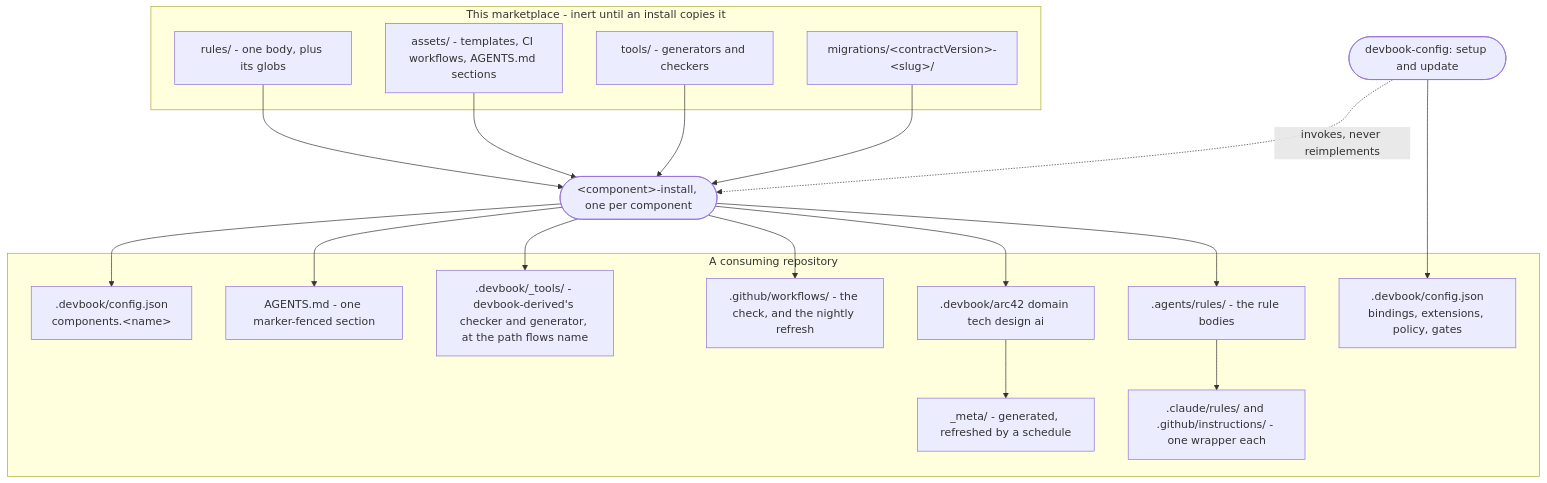
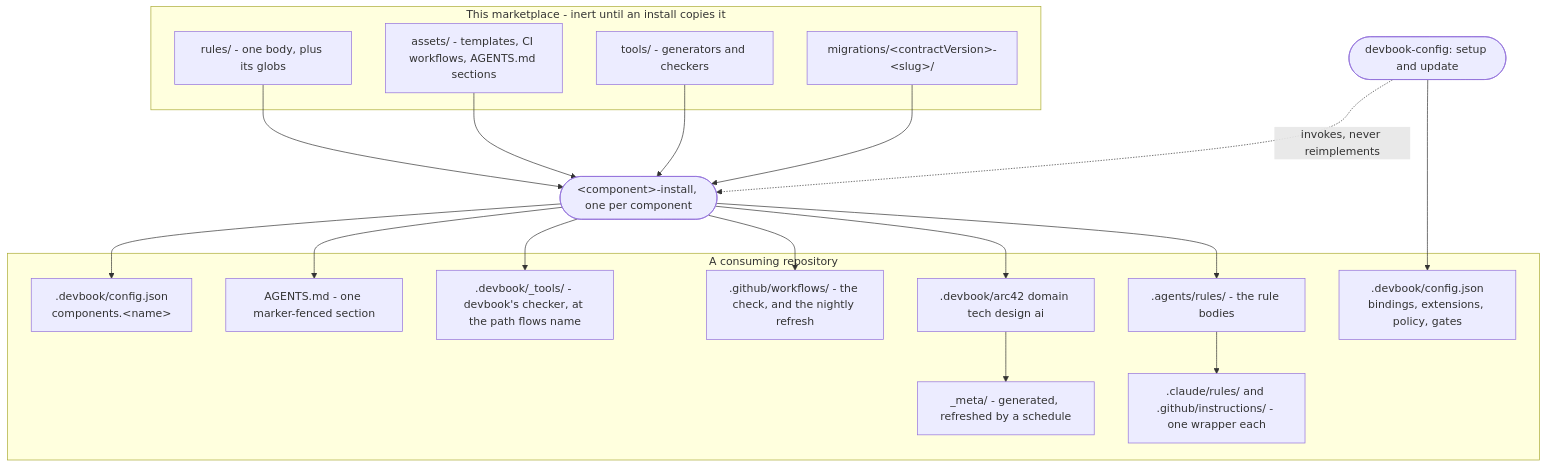
Before and after one commit to JSdotNet/devbook: the third of 3 diagrams in .devbook/arc42/05-building-block-view.md, drawn with Mermaid. The commit also changed other lines of this file and 100 other files, not shown here.

First line of the commit message:
The checker returns to devbook; devbook-derived is the committed index

````diff
--- a/.devbook/arc42/05-building-block-view.md
+++ b/.devbook/arc42/05-building-block-view.md
@@ -199,39 +197,39 @@
 ```mermaid
 flowchart TB
     subgraph mp["This marketplace - inert until an install copies it"]
         pr["rules/ - one body, plus its globs"]
         pa["assets/ - templates, CI workflows, AGENTS.md sections"]
         pt["tools/ - generators and checkers"]
         pm["migrations/&lt;contractVersion&gt;-&lt;slug&gt;/"]
     end
 
     setup(["devbook-config: setup and update"])
     inst(["&lt;component&gt;-install, one per component"])
 
     subgraph repo["A consuming repository"]
         ar[".agents/rules/ - the rule bodies"]
         cw[".claude/rules/ and .github/instructions/ - one wrapper each"]
         folders[".devbook/arc42 domain tech design ai"]
         meta["_meta/ - generated, refreshed by a schedule"]
         wf[".github/workflows/ - the check, and the nightly refresh"]
-        tools[".devbook/_tools/ - devbook-derived's checker and generator, at the path flows name"]
+        tools[".devbook/_tools/ - devbook's checker, at the path flows name"]
         agents["AGENTS.md - one marker-fenced section"]
         cfgE[".devbook/config.json<br/>bindings, extensions, policy, gates"]
         cfgC[".devbook/config.json<br/>components.&lt;name&gt;"]
     end
 
     pr --> inst
     pa --> inst
     pt --> inst
     pm --> inst
     inst --> ar
     ar --> cw
     inst --> folders
     inst --> wf
     inst --> tools
     inst --> agents
     inst --> cfgC
     setup --> cfgE
     setup -.->|"invokes, never reimplements"| inst
     folders --> meta
 ```
````
